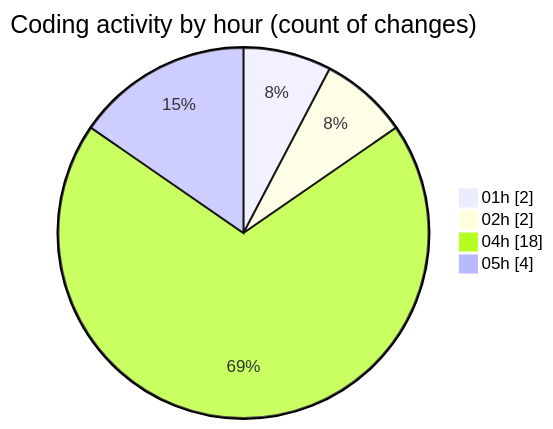
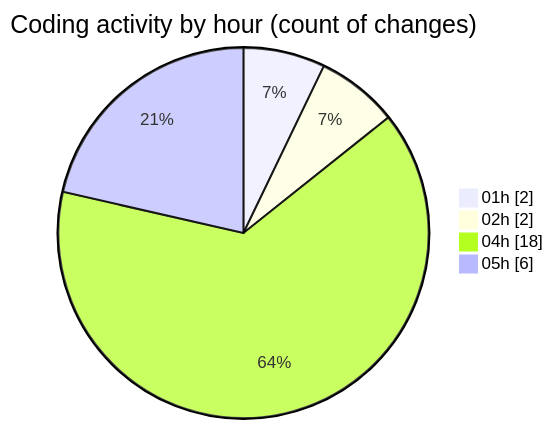
One commit to tmsrecording-cyber/code-tracking changed the second of 2 diagrams in 2026-02-05/singularitybrainai/README.md. Above: the diagram before and after it, drawn with Mermaid. The commit also changed other lines of this file and 1 other file, not shown here.

````diff
--- a/2026-02-05/singularitybrainai/README.md
+++ b/2026-02-05/singularitybrainai/README.md
@@ -30,8 +30,8 @@
 ```mermaid
 pie showData
 title Coding activity by hour (count of changes)
 "01h" : 2
 "02h" : 2
 "04h" : 18
-"05h" : 4
+"05h" : 6
 ```
````
